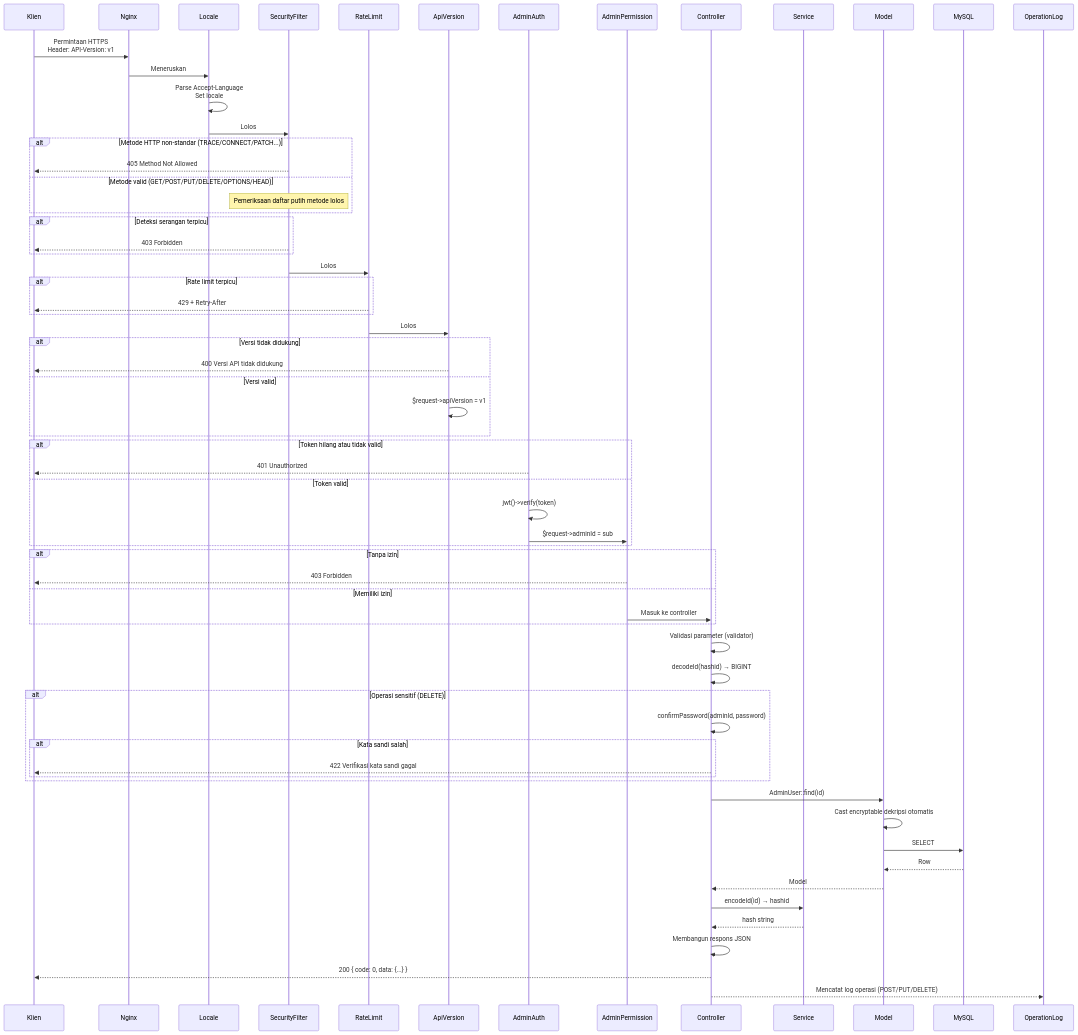
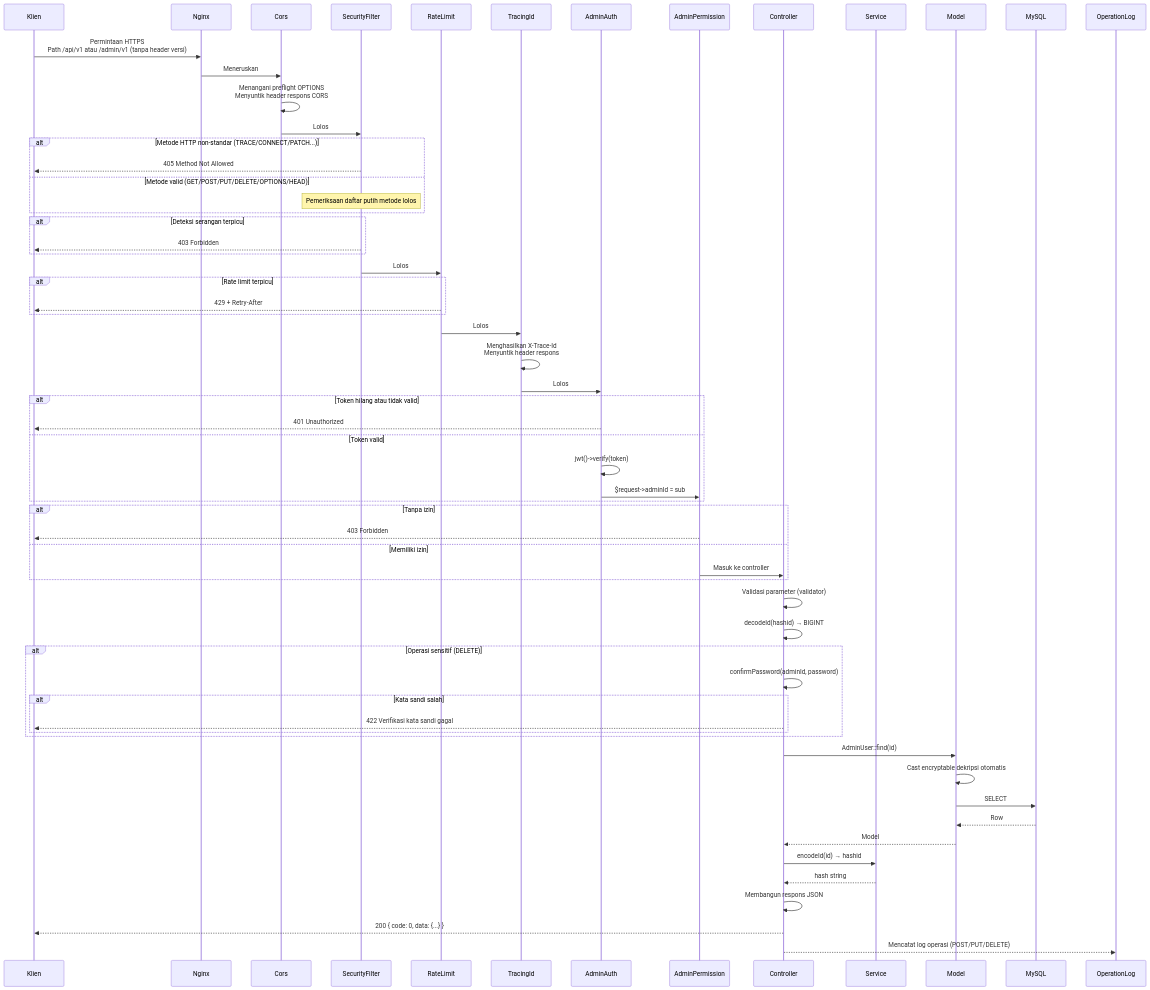
One commit to erikwang2013/erp-php changed the third of 20 diagrams in docs/i18n/id/ARCHITECTURE.md. Above: the diagram before and after it, drawn with Mermaid. The commit also changed other lines of this file and 325 other files, not shown here.

````diff
--- a/docs/i18n/id/ARCHITECTURE.md
+++ b/docs/i18n/id/ARCHITECTURE.md
@@ -157,81 +178,77 @@
 ```mermaid
 sequenceDiagram
     participant C as Klien
     participant N as Nginx
-    participant MW_LOC as Locale
+    participant MW_CR as Cors
     participant MW_SF as SecurityFilter
     participant MW_RL as RateLimit
-    participant MW0 as ApiVersion
+    participant MW_TID as TracingId
     participant MW1 as AdminAuth
     participant MW2 as AdminPermission
     participant CTL as Controller
     participant SVC as Service
     participant MDL as Model
     participant DB as MySQL
     participant OPLOG as OperationLog
 
-    C->>N: Permintaan HTTPS<br/>Header: API-Version: v1
-    N->>MW_LOC: Meneruskan
-    MW_LOC->>MW_LOC: Parse Accept-Language<br/>Set locale
-    MW_LOC->>MW_SF: Lolos
+    C->>N: Permintaan HTTPS<br/>Path /api/v1 atau /admin/v1 (tanpa header versi)
+    N->>MW_CR: Meneruskan
+    MW_CR->>MW_CR: Menangani preflight OPTIONS<br/>Menyuntik header respons CORS
+    MW_CR->>MW_SF: Lolos
 
     alt Metode HTTP non-standar (TRACE/CONNECT/PATCH...)
         MW_SF-->>C: 405 Method Not Allowed
     else Metode valid (GET/POST/PUT/DELETE/OPTIONS/HEAD)
         Note over MW_SF: Pemeriksaan daftar putih metode lolos
     end
 
     alt Deteksi serangan terpicu
         MW_SF-->>C: 403 Forbidden
     end
 
     MW_SF->>MW_RL: Lolos
 
     alt Rate limit terpicu
         MW_RL-->>C: 429 + Retry-After
     end
 
-    MW_RL->>MW0: Lolos
-
-    alt Versi tidak didukung
-        MW0-->>C: 400 Versi API tidak didukung
-    else Versi valid
-        MW0->>MW0: $request->apiVersion = v1
-    end
+    MW_RL->>MW_TID: Lolos
+    MW_TID->>MW_TID: Menghasilkan X-Trace-Id<br/>Menyuntik header respons
+    MW_TID->>MW1: Lolos
 
     alt Token hilang atau tidak valid
         MW1-->>C: 401 Unauthorized
     else Token valid
         MW1->>MW1: jwt()->verify(token)
         MW1->>MW2: $request->adminId = sub
     end
 
     alt Tanpa izin
         MW2-->>C: 403 Forbidden
     else Memiliki izin
         MW2->>CTL: Masuk ke controller
     end
 
     CTL->>CTL: Validasi parameter (validator)
     CTL->>CTL: decodeId(hashid) → BIGINT
 
     alt Operasi sensitif (DELETE)
         CTL->>CTL: confirmPassword(adminId, password)
         alt Kata sandi salah
             CTL-->>C: 422 Verifikasi kata sandi gagal
         end
     end
 
     CTL->>MDL: AdminUser::find(id)
     MDL->>MDL: Cast encryptable dekripsi otomatis
     MDL->>DB: SELECT
     DB-->>MDL: Row
     MDL-->>CTL: Model
 
     CTL->>SVC: encodeId(id) → hashid
     SVC-->>CTL: hash string
 
     CTL->>CTL: Membangun respons JSON
     CTL-->>C: 200 { code: 0, data: {...} }
     CTL-->>OPLOG: Mencatat log operasi (POST/PUT/DELETE)
 ```
````
